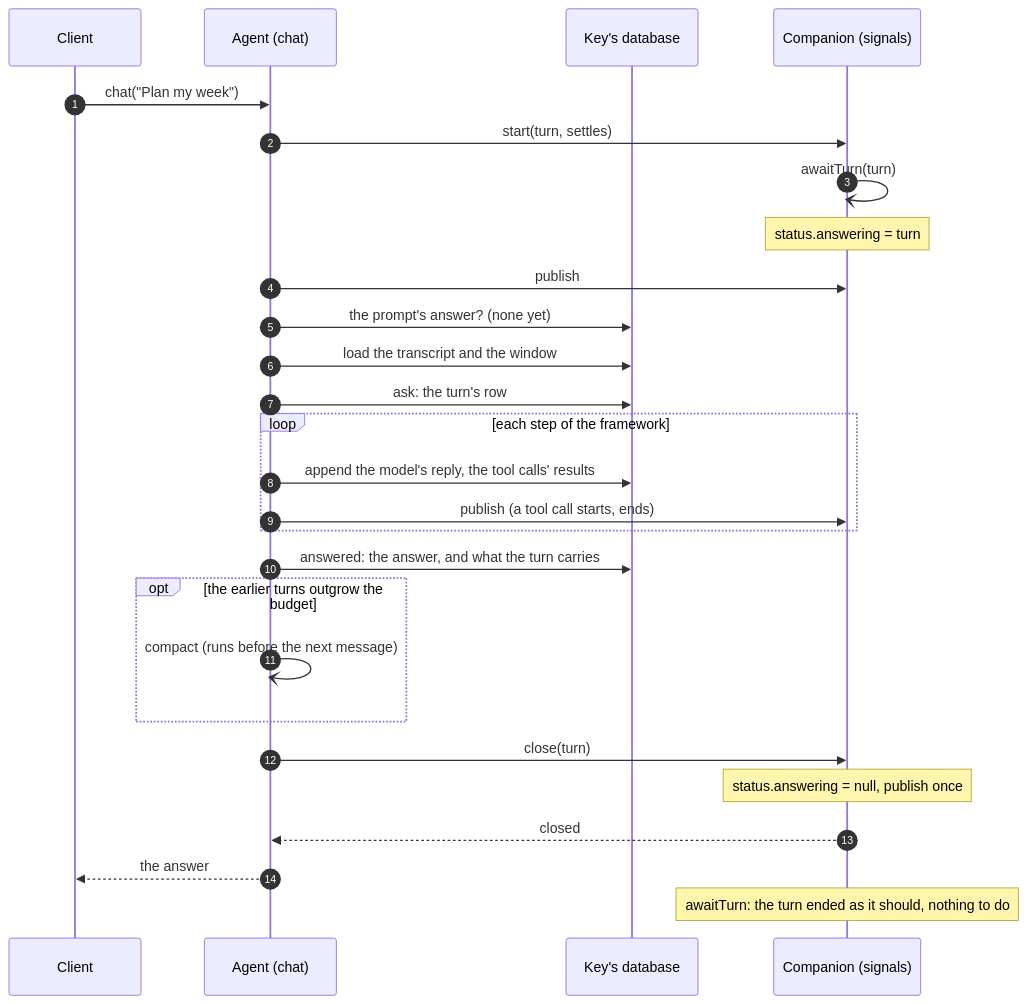
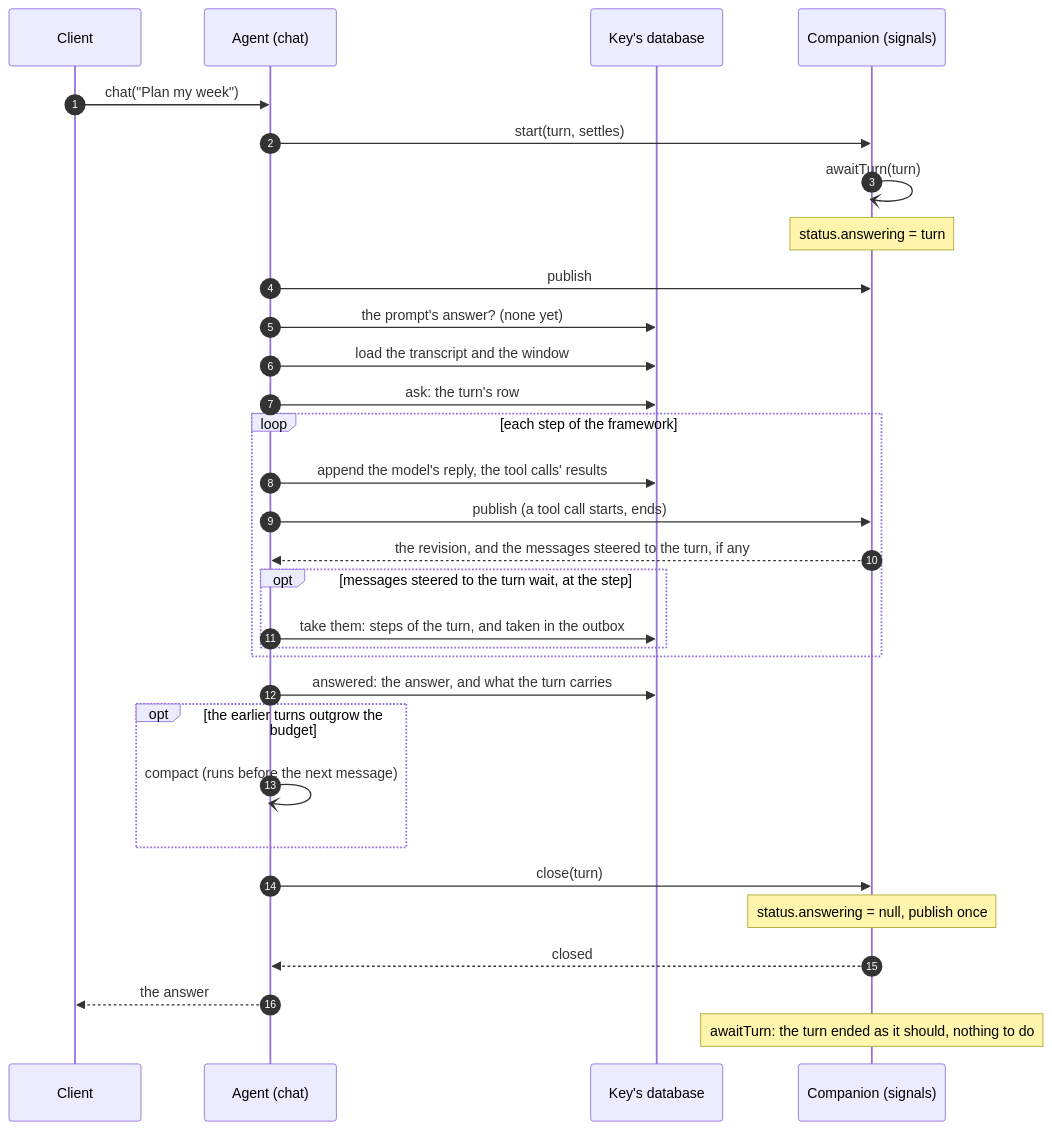
The first of 9 diagrams in docs/agents/turns.md (restatedev/sdk-python), drawn with Mermaid before and after one commit. The commit also changed other lines of this file and 35 other files, not shown here.

First line of the commit message:
Agents: steering, a message joins the turn being answered at its next step (#301)

````diff
--- a/docs/agents/turns.md
+++ b/docs/agents/turns.md
@@ -89,29 +107,33 @@
 ```mermaid
 sequenceDiagram
   autonumber
   participant C as Client
   participant A as Agent (chat)
   participant DB as Key's database
   participant S as Companion (signals)
   C->>A: chat("Plan my week")
   A->>S: start(turn, settles)
   S-)S: awaitTurn(turn)
   Note over S: status.answering = turn
   A->>S: publish
   A->>DB: the prompt's answer? (none yet)
   A->>DB: load the transcript and the window
   A->>DB: ask: the turn's row
   loop each step of the framework
     A->>DB: append the model's reply, the tool calls' results
     A->>S: publish (a tool call starts, ends)
+    S-->>A: the revision, and the messages steered to the turn, if any
+    opt messages steered to the turn wait, at the step
+      A->>DB: take them: steps of the turn, and taken in the outbox
+    end
   end
   A->>DB: answered: the answer, and what the turn carries
   opt the earlier turns outgrow the budget
     A-)A: compact (runs before the next message)
   end
   A->>S: close(turn)
   Note over S: status.answering = null, publish once
   S-->>A: closed
   A-->>C: the answer
   Note over S: awaitTurn: the turn ended as it should, nothing to do
 ```
````
